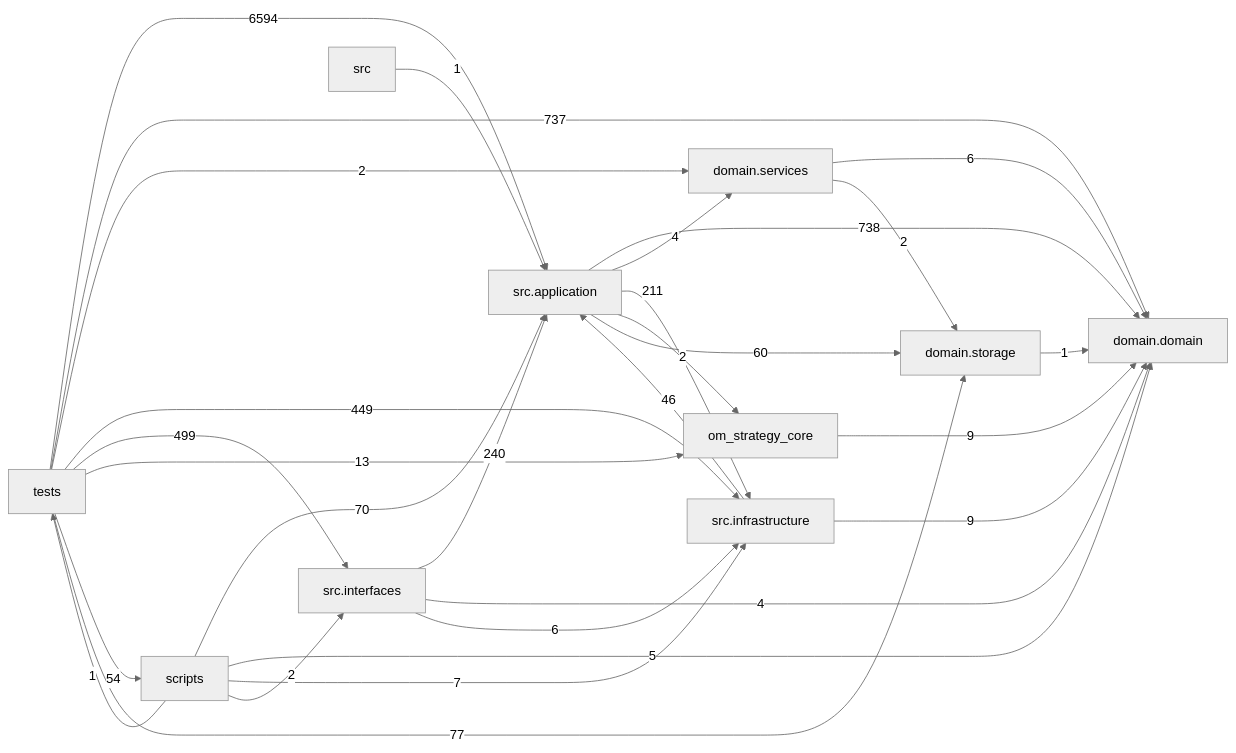
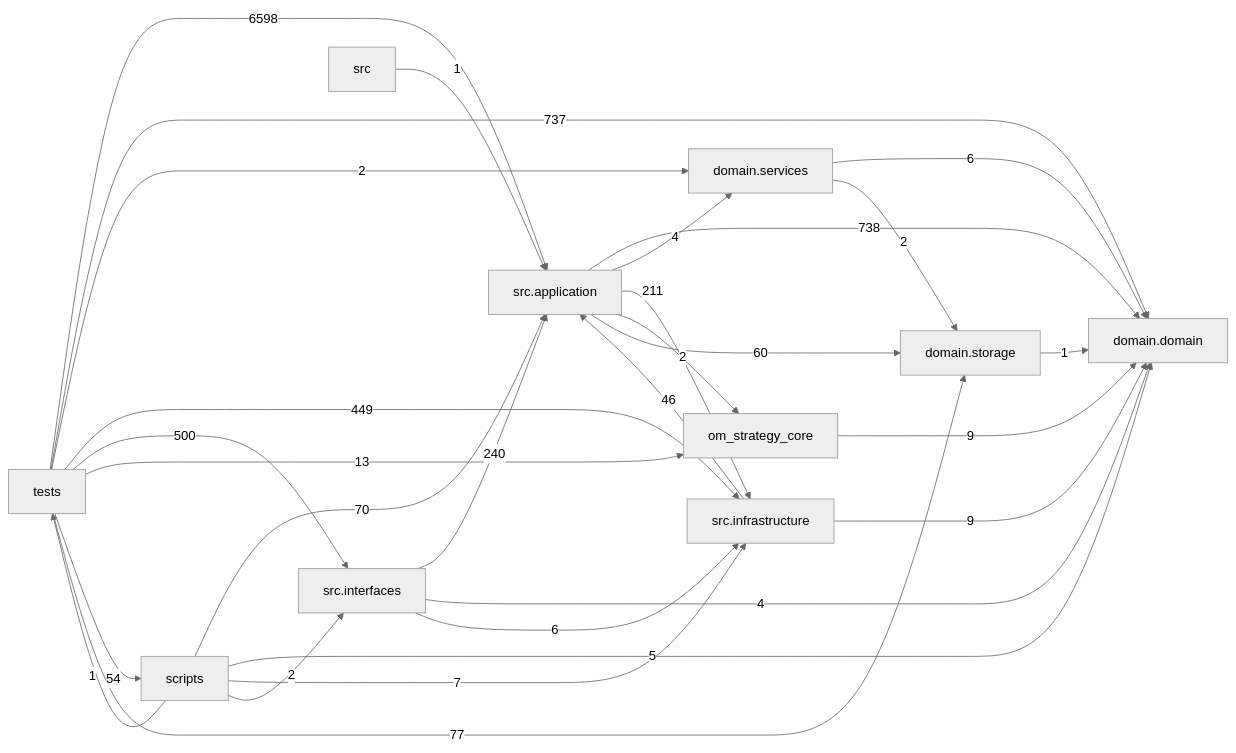
One commit to liuxie066/options-monitor changed the diagram in docs/DEPENDENCY_GRAPH.md. Above: the diagram before and after it, drawn with Mermaid (neutral theme). The commit also changed other lines of this file and 3 other files, not shown here.

````diff
--- a/docs/DEPENDENCY_GRAPH.md
+++ b/docs/DEPENDENCY_GRAPH.md
@@ -24,39 +24,39 @@
 ```mermaid
 flowchart LR
   tests["tests"]
   scripts["scripts"]
   interfaces["src.interfaces"]
   application["src.application"]
   infrastructure["src.infrastructure"]
   domain_services["domain.services"]
   domain["domain.domain"]
   storage["domain.storage"]
   application -->|738| domain
   application -->|4| domain_services
   application -->|211| infrastructure
   application -->|2| om_strategy_core
   application -->|60| storage
   domain_services -->|6| domain
   domain_services -->|2| storage
   infrastructure -->|46| application
   infrastructure -->|9| domain
   interfaces -->|240| application
   interfaces -->|4| domain
   interfaces -->|6| infrastructure
   om_strategy_core -->|9| domain
   scripts -->|70| application
   scripts -->|5| domain
   scripts -->|7| infrastructure
   scripts -->|2| interfaces
   scripts -->|1| tests
   src -->|1| application
   storage -->|1| domain
-  tests -->|6594| application
+  tests -->|6598| application
   tests -->|737| domain
   tests -->|2| domain_services
   tests -->|449| infrastructure
-  tests -->|499| interfaces
+  tests -->|500| interfaces
   tests -->|13| om_strategy_core
   tests -->|54| scripts
   tests -->|77| storage
 ```
````
